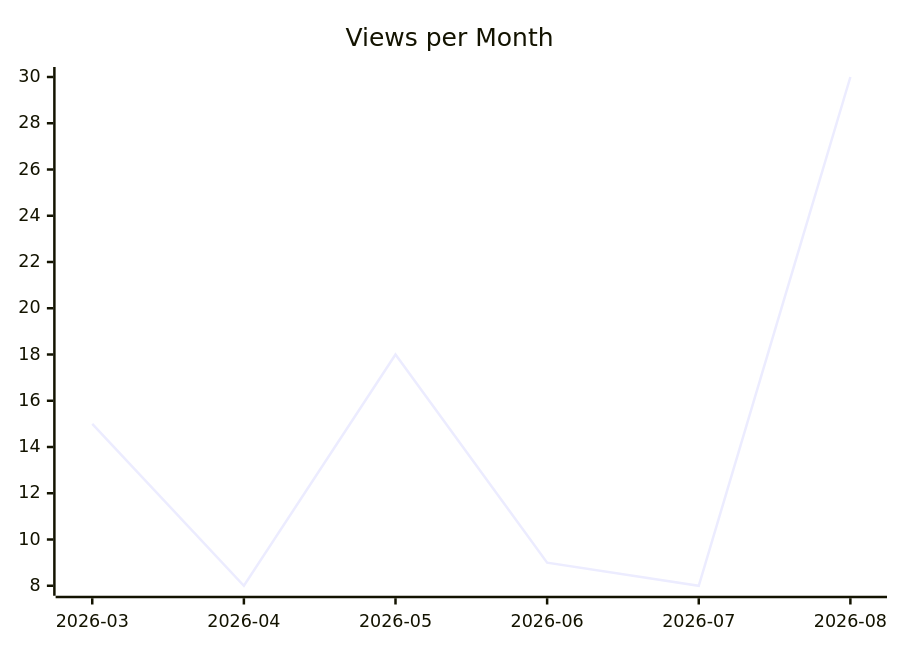
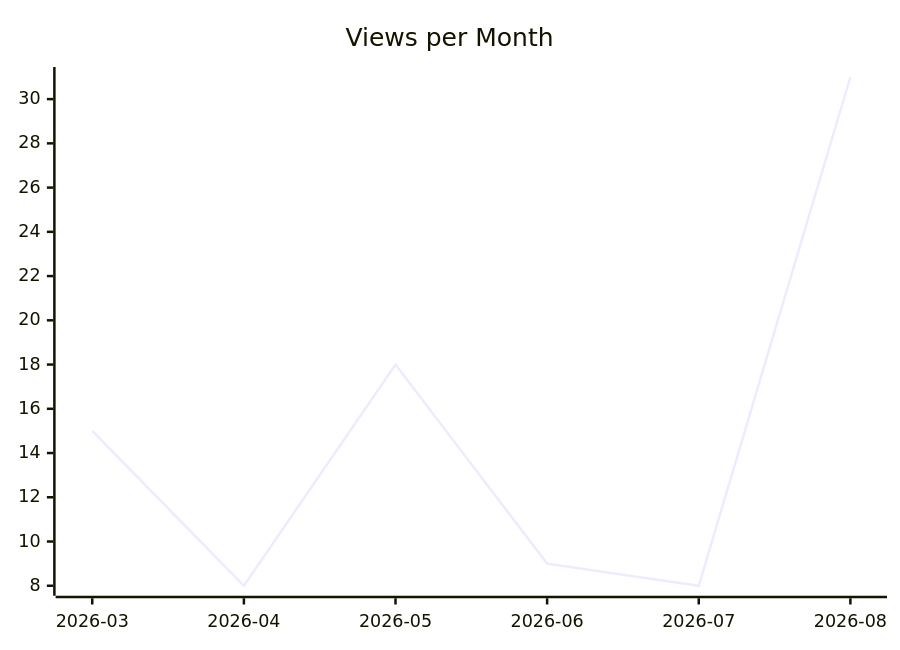
Before and after one commit to justdavis-family/github-analytics-data: the second of 3 diagrams in karlmdavis/xmlpull/README.md, drawn with Mermaid. The commit also changed other lines of this file and 167 other files, not shown here.

````diff
--- a/karlmdavis/xmlpull/README.md
+++ b/karlmdavis/xmlpull/README.md
@@ -12,6 +12,6 @@
 ```mermaid
 xychart-beta
   title "Views per Month"
   x-axis ["2026-03", "2026-04", "2026-05", "2026-06", "2026-07", "2026-08"]
-  line [15, 8, 18, 9, 8, 30]
+  line [15, 8, 18, 9, 8, 31]
 ```
````
